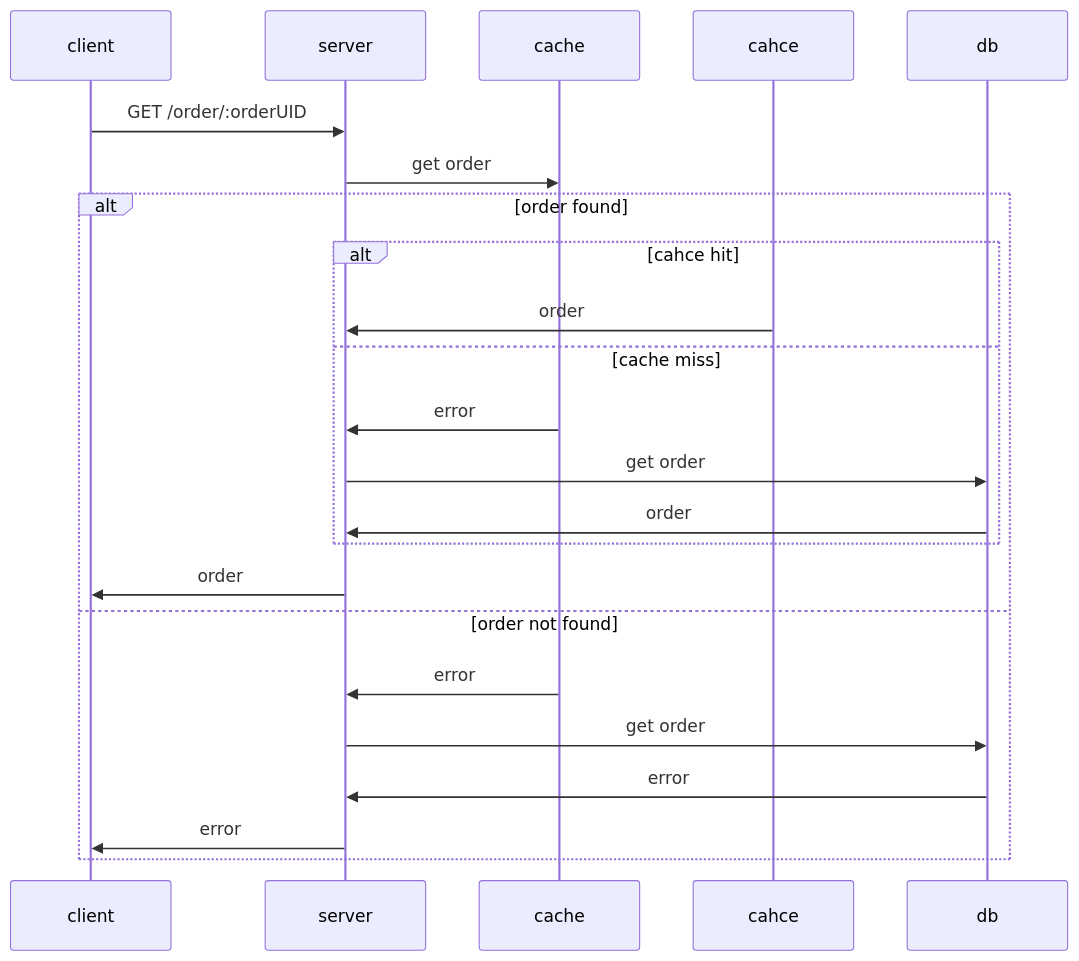
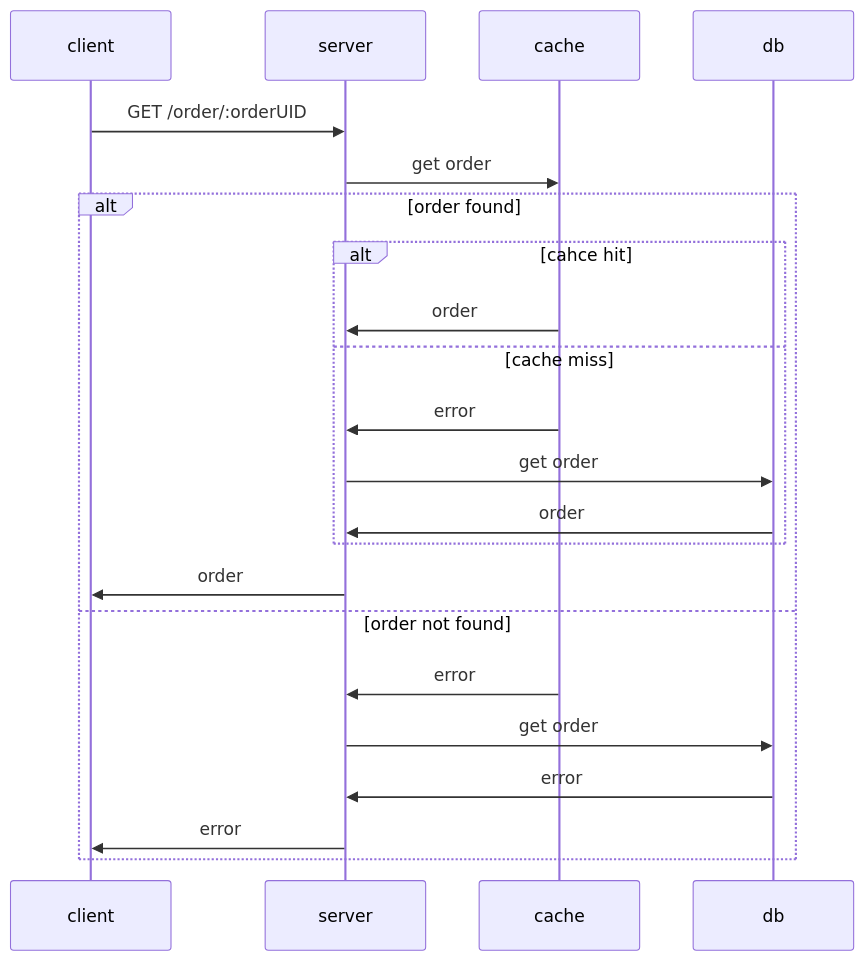
The second of 2 diagrams in README.md (WhiCu/stgorders), drawn with Mermaid before and after one commit.

Commit message:
fix(README): fix cahce -> cache

````diff
--- a/README.md
+++ b/README.md
@@ -50,20 +50,20 @@
 ```mermaid
 sequenceDiagram
   client ->> server: GET /order/:orderUID
   server ->> cache: get order
   alt order found
     alt cahce hit
-       cahce ->> server: order
+       cache ->> server: order
     else cache miss
       cache ->> server: error
       server ->> db: get order
       db ->> server: order
     end
   server ->> client: order
   else order not found
     cache ->> server: error
     server ->> db: get order
     db ->> server: error
     server ->> client: error
   end
 ```
````
